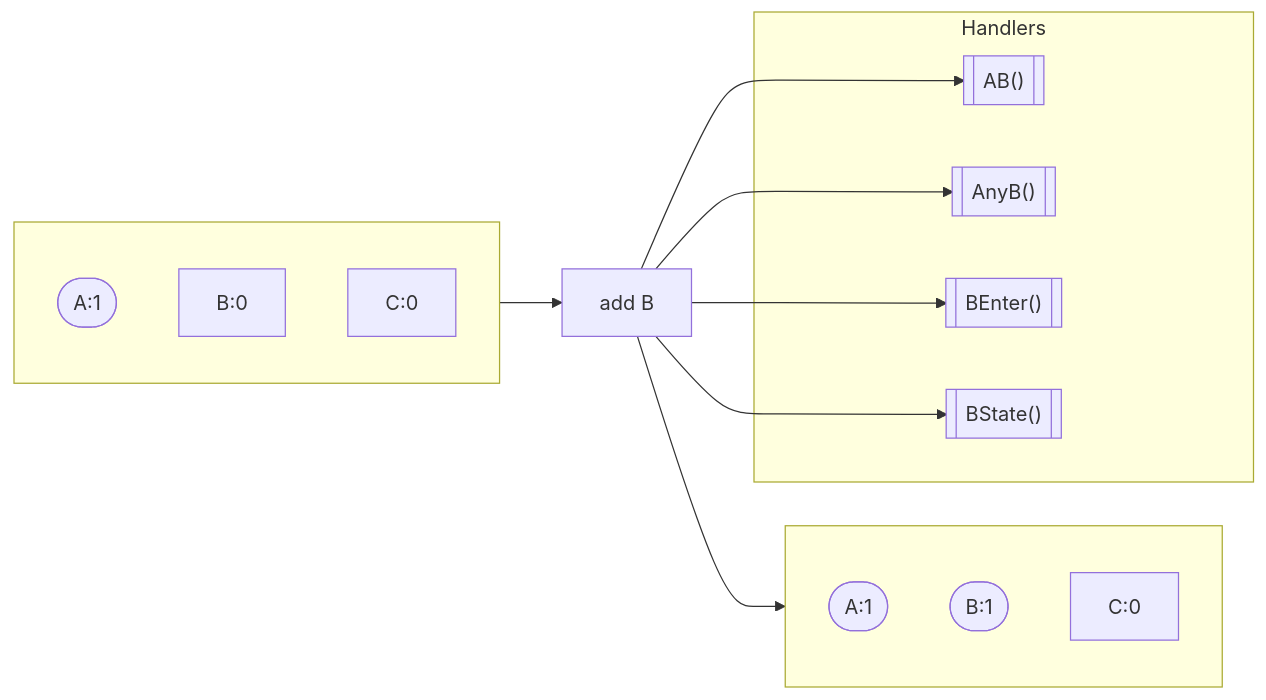
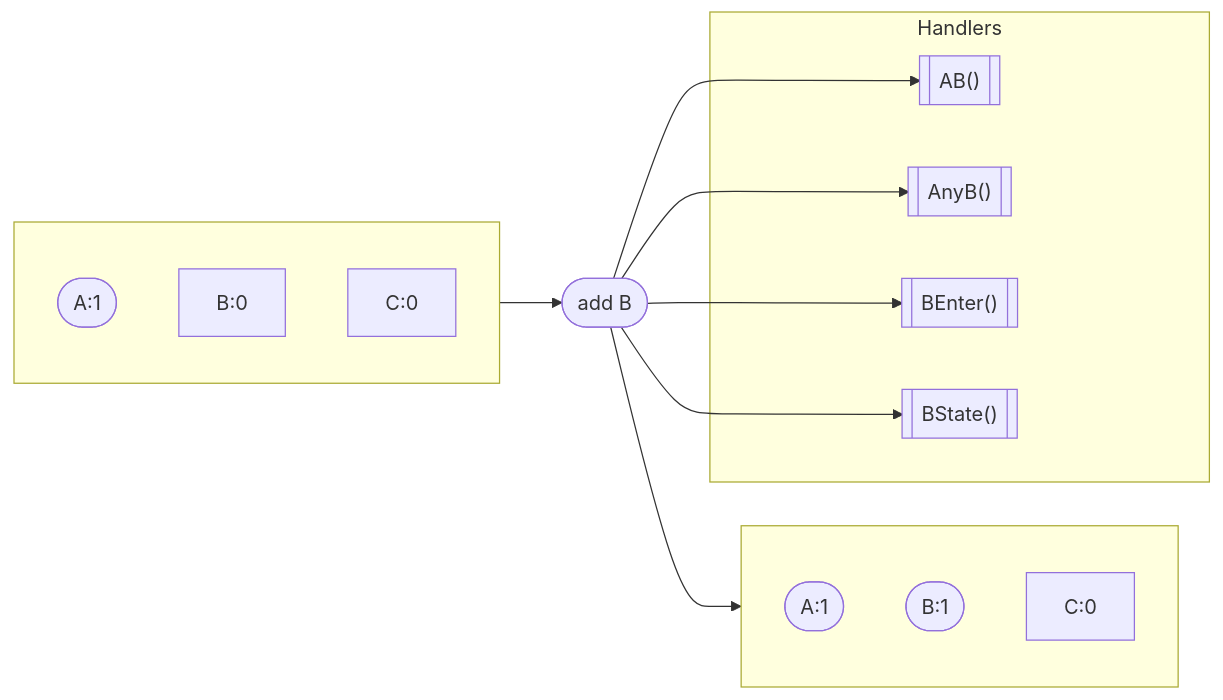
Before and after one commit to pancsta/asyncmachine-go: the sixth of 12 diagrams in docs/diagrams.md, drawn with Mermaid. The commit also changed other lines of this file and 18 other files, not shown here.

````diff
--- a/docs/diagrams.md
+++ b/docs/diagrams.md
@@ -160,26 +161,26 @@
 ```mermaid
 flowchart LR
     subgraph HandlersBefore[ ]
         A1([A:1])
         B1[B:0]
         C1[C:0]
     end
     subgraph HandlersAfter[ ]
         A2([A:1])
         B2([B:1])
         C2[C:0]
     end
-    HandlersMutation[add B]
+    HandlersMutation([add B])
     HandlersBefore --> HandlersMutation
     HandlersMutation --> HandlersAfter
     HandlersMutation --> AB
     HandlersMutation --> AnyB
     HandlersMutation --> BEnter
     HandlersMutation --> BState
     subgraph Handlers
         AB[["AB()"]]
         AnyB[["AnyB()"]]
         BEnter[["BEnter()"]]
         BState[["BState()"]]
     end
 ```
````
